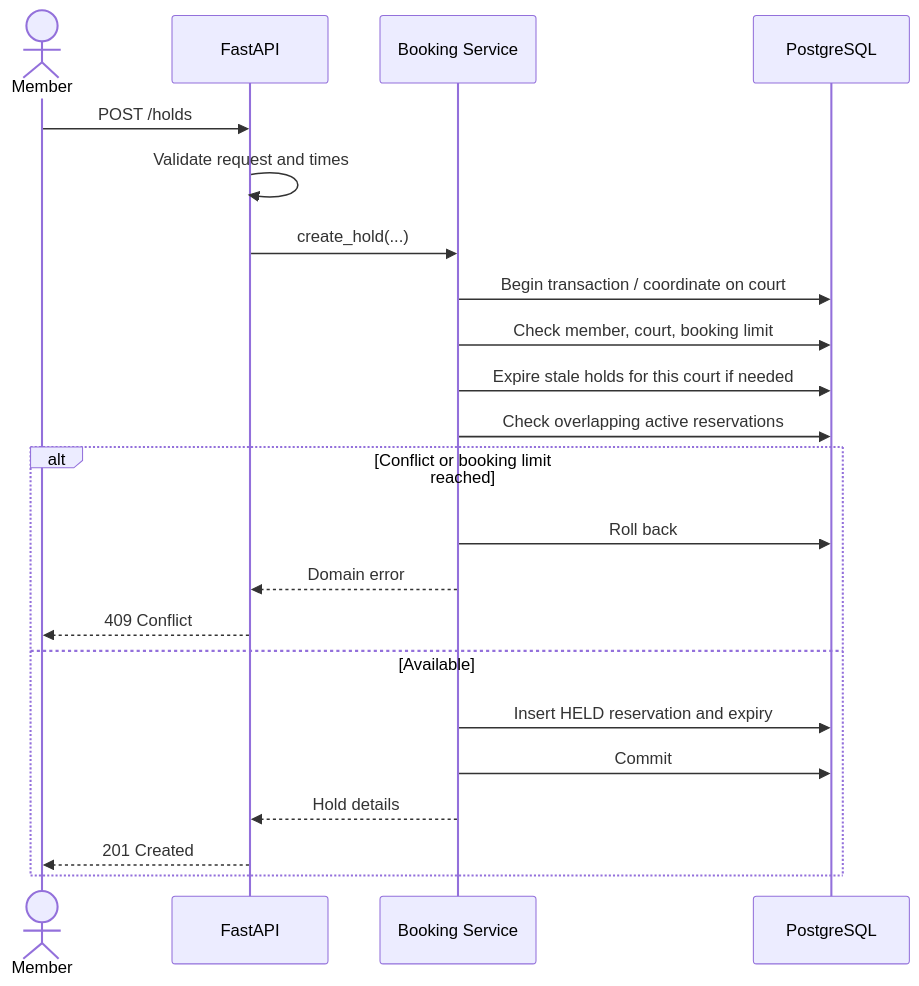
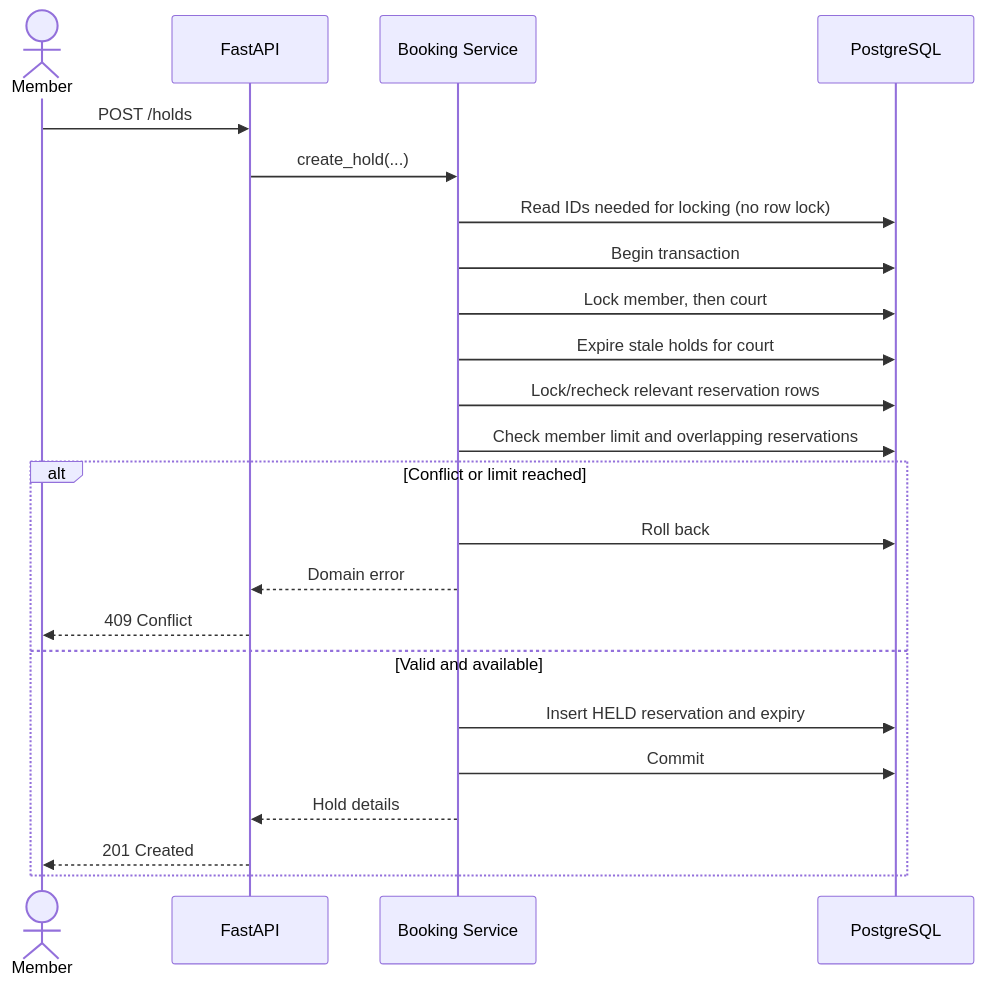
One commit to sanjana31206-lgtm/sports-court-booking changed the fourth of 6 diagrams in Design.md. Above: the diagram before and after it, drawn with Mermaid. The commit also changed other lines of this file, not shown here.

````diff
--- a/Design.md
+++ b/Design.md
@@ -182,25 +199,26 @@
 ``` mermaid
 sequenceDiagram
     actor Member
     participant API as FastAPI
     participant S as Booking Service
     participant DB as PostgreSQL
 
     Member->>API: POST /holds
-    API->>API: Validate request and times
     API->>S: create_hold(...)
-    S->>DB: Begin transaction / coordinate on court
-    S->>DB: Check member, court, booking limit
-    S->>DB: Expire stale holds for this court if needed
-    S->>DB: Check overlapping active reservations
-    alt Conflict or booking limit reached
+    S->>DB: Read IDs needed for locking (no row lock)
+    S->>DB: Begin transaction
+    S->>DB: Lock member, then court
+    S->>DB: Expire stale holds for court
+    S->>DB: Lock/recheck relevant reservation rows
+    S->>DB: Check member limit and overlapping reservations
+    alt Conflict or limit reached
         S->>DB: Roll back
         S-->>API: Domain error
         API-->>Member: 409 Conflict
-    else Available
+    else Valid and available
         S->>DB: Insert HELD reservation and expiry
         S->>DB: Commit
         S-->>API: Hold details
         API-->>Member: 201 Created
     end
 ```
````
